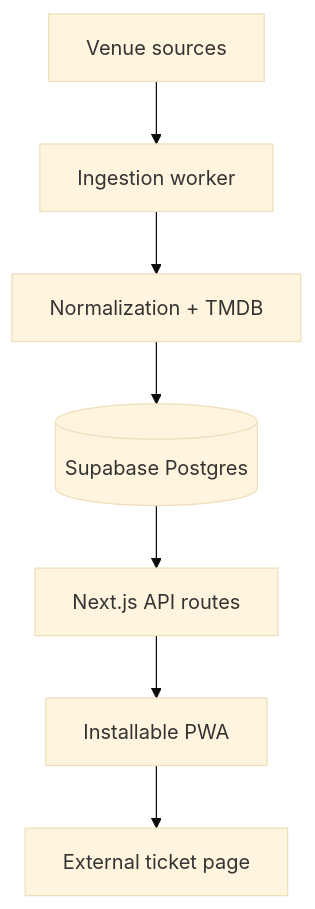
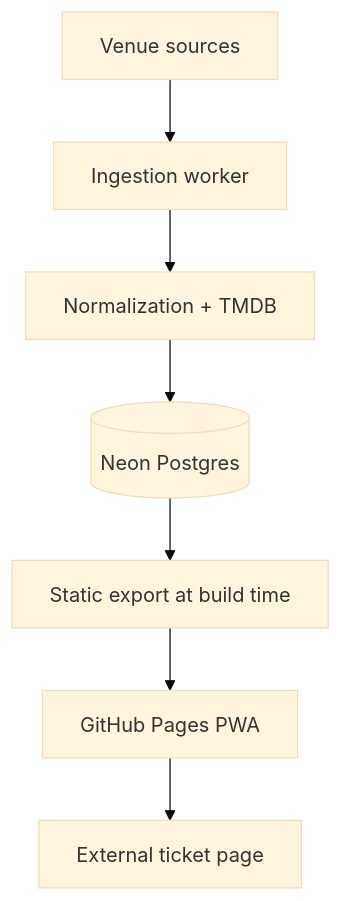
One commit to rsingla92/vancouver-indie-cinema changed the diagram in docs/architecture.md. Above: the diagram before and after it, drawn with Mermaid (base theme). The commit also changed other lines of this file and 20 other files, not shown here.

First line of the commit message:
feat: host on GitHub Pages with a Neon database

````diff
--- a/docs/architecture.md
+++ b/docs/architecture.md
@@ -11,9 +11,9 @@
 ```mermaid
 flowchart TD
   V[Venue sources] --> I[Ingestion worker]
   I --> N[Normalization + TMDB]
-  N --> D[(Supabase Postgres)]
-  D --> A[Next.js API routes]
-  A --> P[Installable PWA]
+  N --> D[(Neon Postgres)]
+  D --> A[Static export at build time]
+  A --> P[GitHub Pages PWA]
   P --> T[External ticket page]
 ```
````
